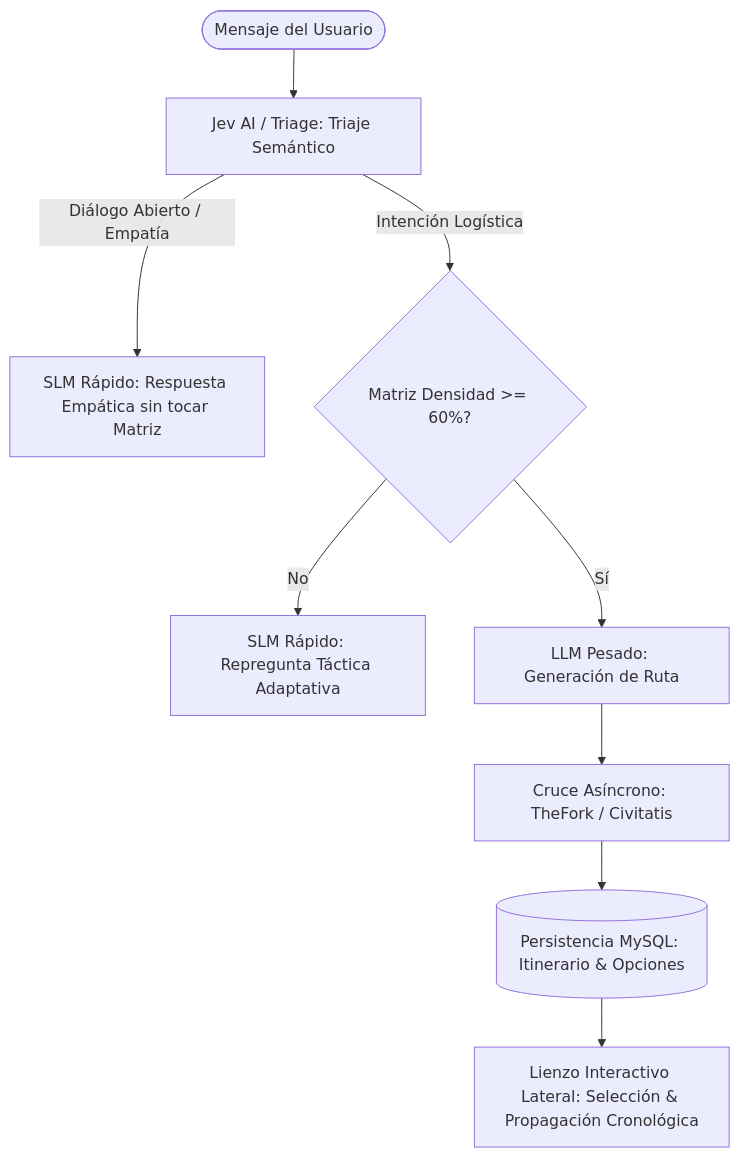
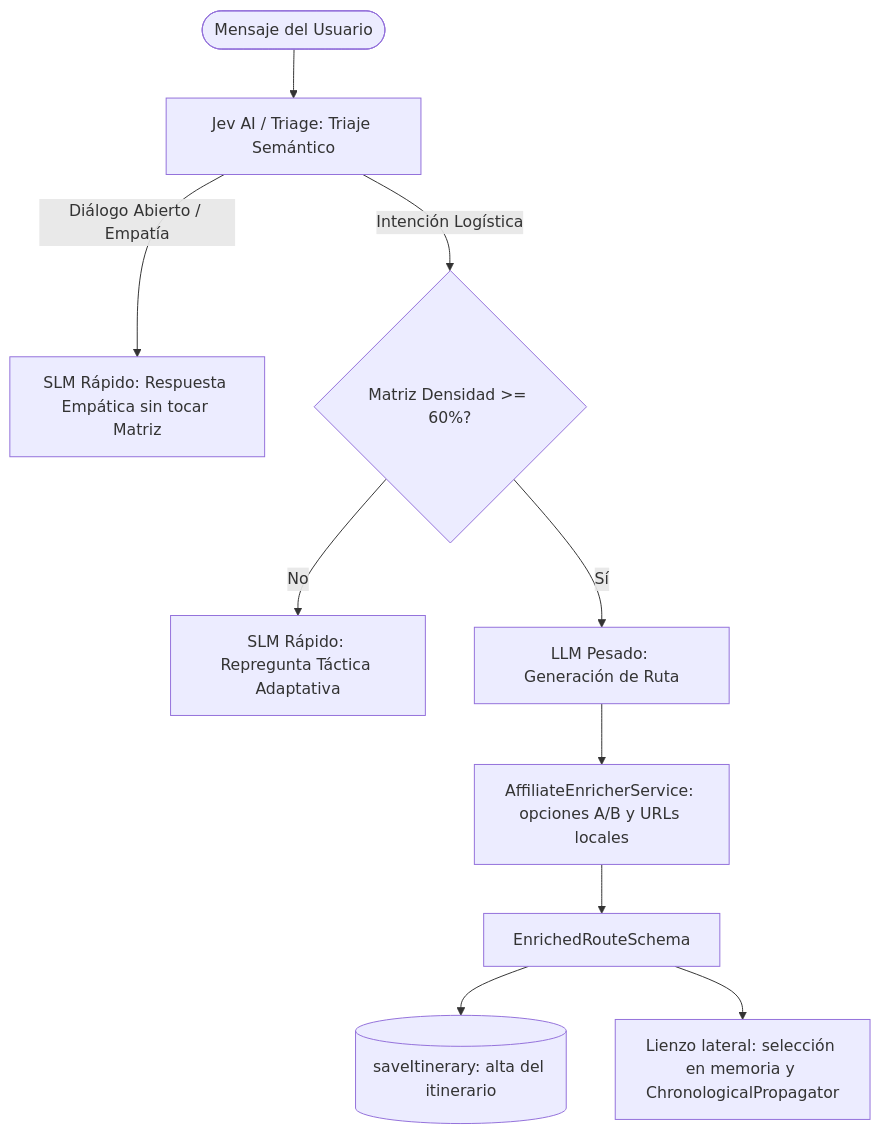
One commit to racso80es/BarcelonaXplorer changed the diagram in Documentacion/PBI/Realizado/PBI - Orquestación Híbrida y Triaje Semántico con Persistencia MySQL.md. Above: the diagram before and after it, drawn with Mermaid. The commit also changed other lines of this file and 19 other files, not shown here.

````diff
--- a/Documentacion/PBI/Realizado/PBI - Orquestación Híbrida y Triaje Semántico con Persistencia MySQL.md
+++ b/Documentacion/PBI/Realizado/PBI - Orquestación Híbrida y Triaje Semántico con Persistencia MySQL.md
@@ -38,11 +38,12 @@
 ```mermaid
 flowchart TD
     UserMsg([Mensaje del Usuario]) --> TriageEngine[Jev AI / Triage: Triaje Semántico]
     TriageEngine -->|Diálogo Abierto / Empatía| SLMCasual[SLM Rápido: Respuesta Empática sin tocar Matriz]
     TriageEngine -->|Intención Logística| DensityCheck{Matriz Densidad >= 60%?}
     DensityCheck -->|No| SLMExtractor[SLM Rápido: Repregunta Táctica Adaptativa]
     DensityCheck -->|Sí| HeavyLLM[LLM Pesado: Generación de Ruta]
-    HeavyLLM --> AffiliateEnricher[Cruce Asíncrono: TheFork / Civitatis]
-    AffiliateEnricher --> MySQL[(Persistencia MySQL: Itinerario & Opciones)]
-    MySQL --> CanvasUI[Lienzo Interactivo Lateral: Selección & Propagación Cronológica]
+    HeavyLLM --> AffiliateEnricher[AffiliateEnricherService: opciones A/B y URLs locales]
+    AffiliateEnricher --> ZodGate[EnrichedRouteSchema]
+    ZodGate --> MySQL[(saveItinerary: alta del itinerario)]
+    ZodGate --> CanvasUI[Lienzo lateral: selección en memoria y ChronologicalPropagator]
 ```
````
